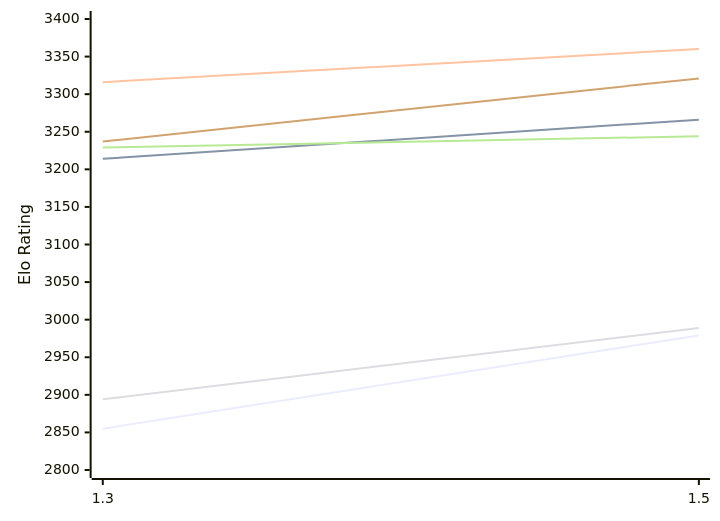
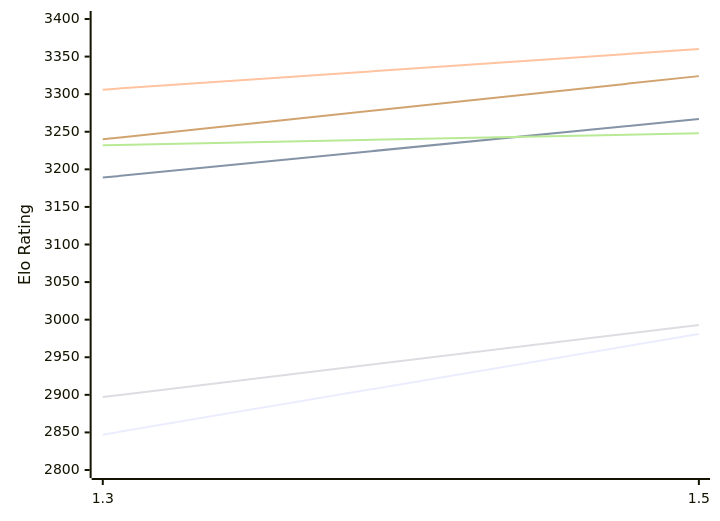
The first of 2 diagrams in engines/Lambergar.md (computer-chess-index/cci), drawn with Mermaid before and after one commit. The commit also changed other lines of this file, not shown here.

Commit message:
Update CCI Ratings (ELO VLTC) - 2026-11-24

````diff
--- a/engines/Lambergar.md
+++ b/engines/Lambergar.md
@@ -50,12 +50,12 @@
 ```mermaid
 %%{init: {"theme":"base","themeVariables":{"seriesColors:['#a3a3a3','#222221','#faa371']}}}%%
 xychart-beta
   x-axis ["1.3", "1.5"]
   y-axis "Elo Rating" 2800 --> 3400
-  line "E1: STC (8.0+0.08s)" [2855, 2979]
-  line "E1: LTC (60.0+0.60s)" [3214, 3266]
-  line "E1: VLTC (2m24s+1.12s)" [3316, 3360]
-  line "P1: STC (8.0+0.08s)" [2894, 2989]
-  line "P1: LTC (60.0+0.60s)" [3229, 3244]
-  line "P1: VLTC (2m24s+1.12s)" [3237, 3321]
+  line "E1: STC (8.0+0.08s)" [2847, 2981]
+  line "E1: LTC (60.0+0.60s)" [3189, 3267]
+  line "E1: VLTC (2m24s+1.12s)" [3306, 3360]
+  line "P1: STC (8.0+0.08s)" [2897, 2993]
+  line "P1: LTC (60.0+0.60s)" [3232, 3248]
+  line "P1: VLTC (2m24s+1.12s)" [3240, 3324]
 ```
````
